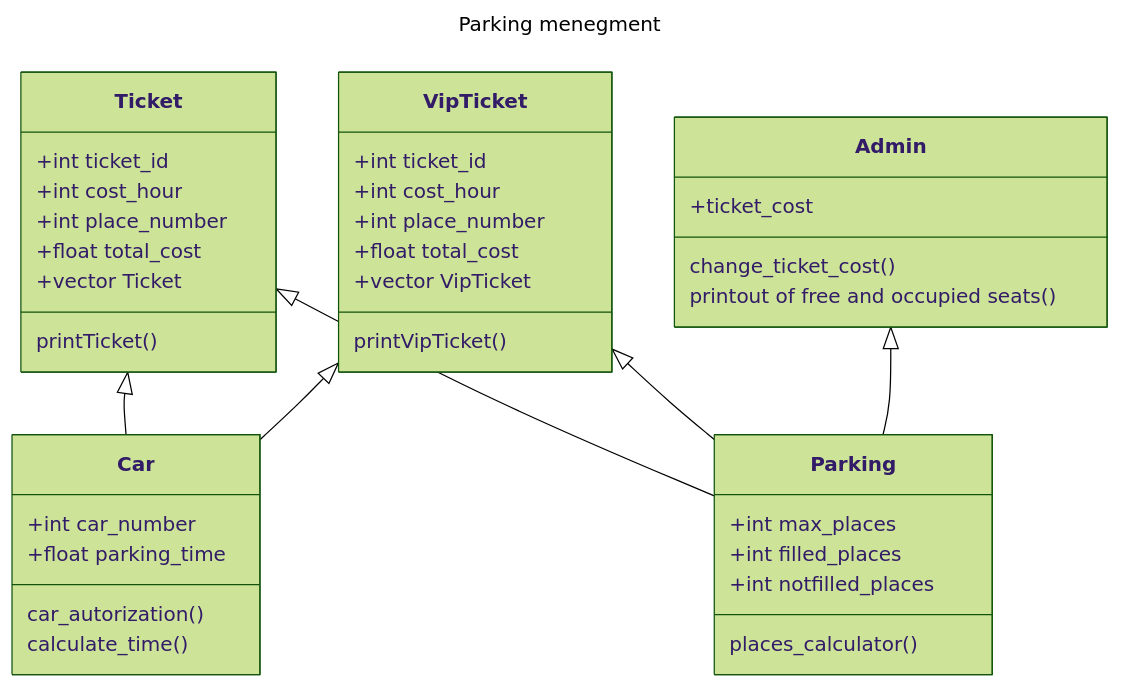
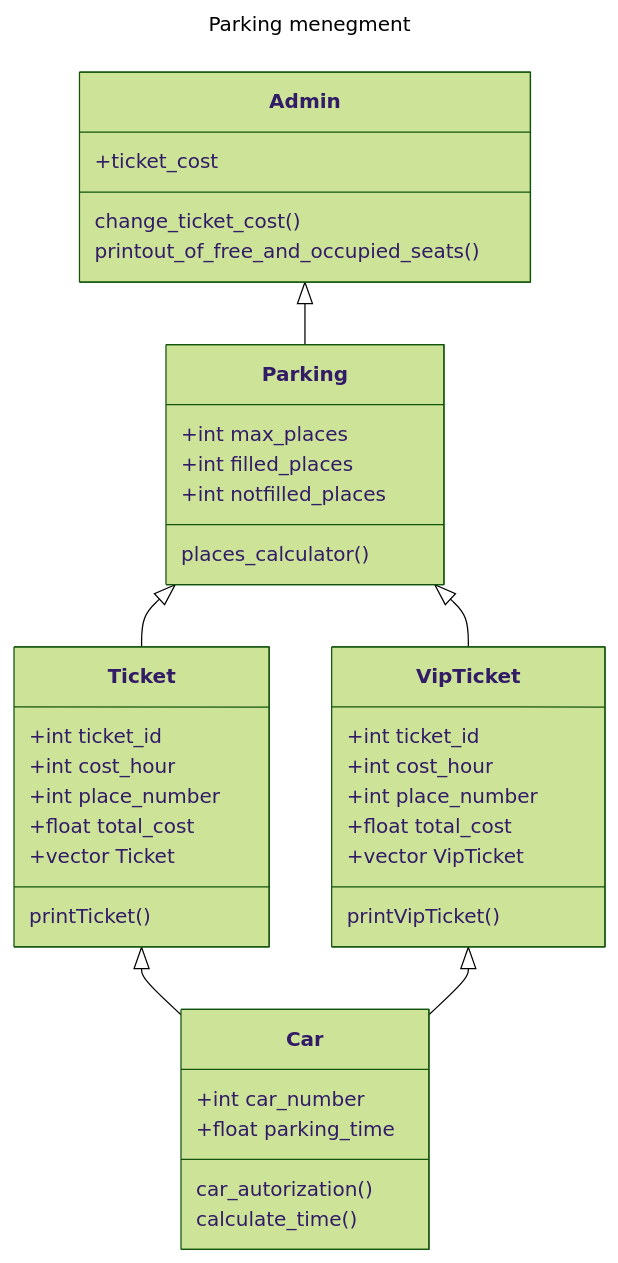
One commit to alanarzumanjan/Parking changed the diagram in diagram.md. Above: the diagram before and after it, drawn with Mermaid (forest theme). The commit also changed 2 other files, not shown here.

````diff
--- a/diagram.md
+++ b/diagram.md
@@ -1,46 +1,46 @@
 ```mermaid
 --- 
 title: Parking menegment
 ---
 classDiagram
     class Car
         Car : +int car_number
         Car : +float parking_time
         Car : car_autorization()
         Car : calculate_time()
 
     class Parking
         Parking : +int max_places
         Parking : +int filled_places
         Parking : +int notfilled_places
         Parking : places_calculator()
 
     class Ticket
         Ticket : +int ticket_id
         Ticket : +int cost_hour
         Ticket : +int place_number
         Ticket : +float total_cost
         Ticket : +vector Ticket
         Ticket : printTicket()
 
     class VipTicket
         VipTicket : +int ticket_id
         VipTicket : +int cost_hour
         VipTicket : +int place_number
         VipTicket : +float total_cost
         VipTicket : +vector VipTicket
         VipTicket : printVipTicket()
     
     class Admin
         Admin : +ticket_cost
         Admin : change_ticket_cost()
-        Admin : printout of free and occupied seats()
+        Admin : printout_of_free_and_occupied_seats()
     
 
     Ticket <|-- Car
     VipTicket <|-- Car
-    Ticket <|-- Parking
-    VipTicket <|-- Parking
+    
     Admin <|-- Parking
-    
+    Parking <|-- Ticket
+    Parking <|-- VipTicket
 ```
````
